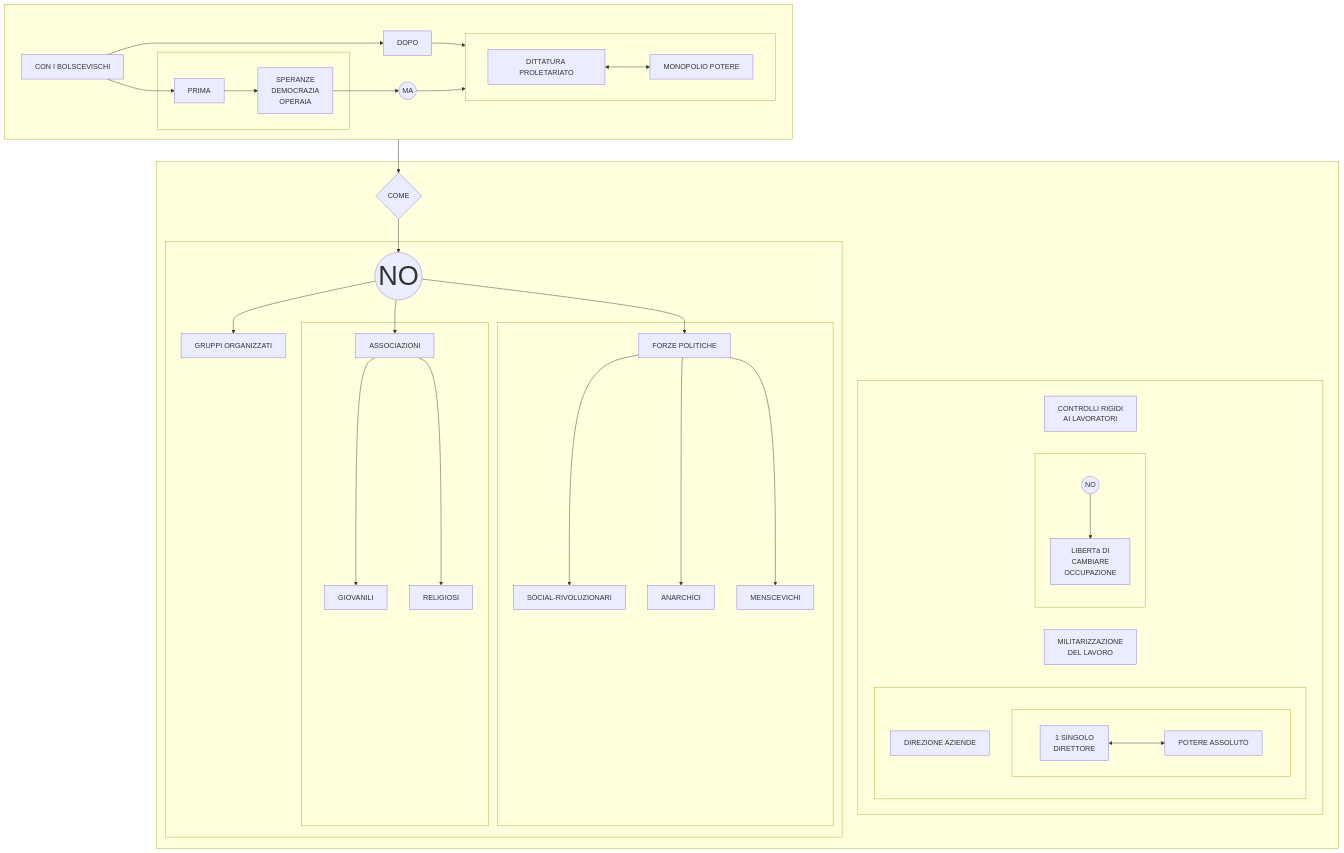
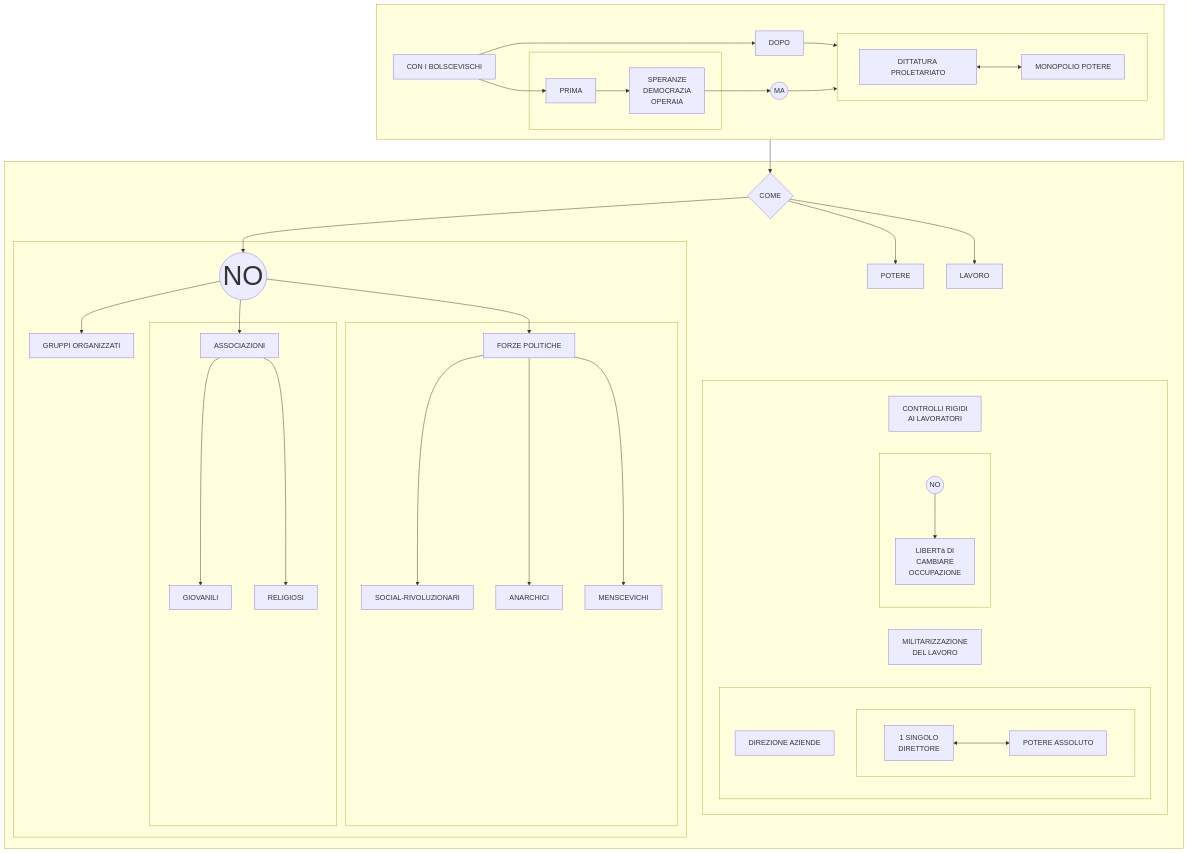
Before and after one commit to Laaouatni/ricerca-storia-MermaidJS: the diagram in prova.md, drawn with Mermaid.

````diff
--- a/prova.md
+++ b/prova.md
@@ -1,62 +1,65 @@
 ```mermaid
 flowchart TB
   subgraph 42[" "]
     0[CON I BOLSCEVISCHI]
     subgraph 3[" "]
       1[PRIMA]
       10[SPERANZE <br> DEMOCRAZIA <br> OPERAIA]
       1 --> 10
     end
     2[DOPO]
     0 --> 1 & 2
     subgraph 4[" "]
       40[DITTATURA PROLETARIATO]
       400[MONOPOLIO POTERE]
       40 <--> 400
     end
     2 --> 4
     41((MA))
     10 --> 41 --> 4
   end
   5{COME}
   42 --> 5
   subgraph 7[" "]
+    69[POTERE]
+    89[LAVORO]
+    5 --> 69 & 89
     subgraph 6[" "]
       60((NO))
       style 60 font-size: 60px;
       61[GRUPPI ORGANIZZATI]
       subgraph 64[" "]
         62[ASSOCIAZIONI]
         620[GIOVANILI]
         621[RELIGIOSI]
       end
       subgraph 65[" "]
         63[FORZE POLITICHE]
         630[SOCIAL-RIVOLUZIONARI]
         631[ANARCHICI]
         632[MENSCEVICHI]
       end
       60 --> 61 & 62 & 63
       63 --> 630 & 631 & 632
       62 --> 620 & 621
     end
-    5 --> 60
     subgraph 8[" "]
       80[CONTROLLI RIGIDI <br> AI LAVORATORI]
       subgraph 81[" "]
         810((NO))
         8100[LIBERTà DI <br> CAMBIARE <br> OCCUPAZIONE]
         810 --> 8100
       end
       82[MILITARIZZAZIONE <br> DEL LAVORO]
       subgraph 83[" "]
         830[DIREZIONE AZIENDE]
         subgraph 831[" "]
           832[1 SINGOLO <br> DIRETTORE]
           833[POTERE ASSOLUTO]
           832 <--> 833
         end
       end
     end
   end
+  5 --> 60
 ```
````
